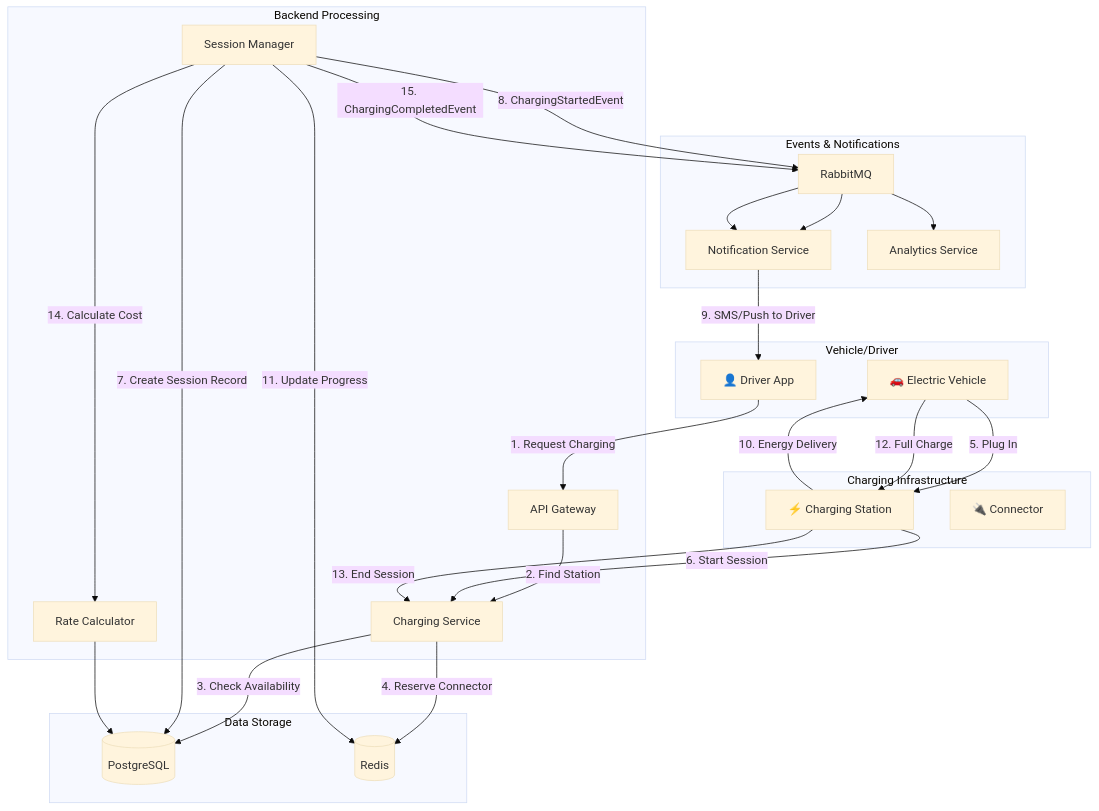
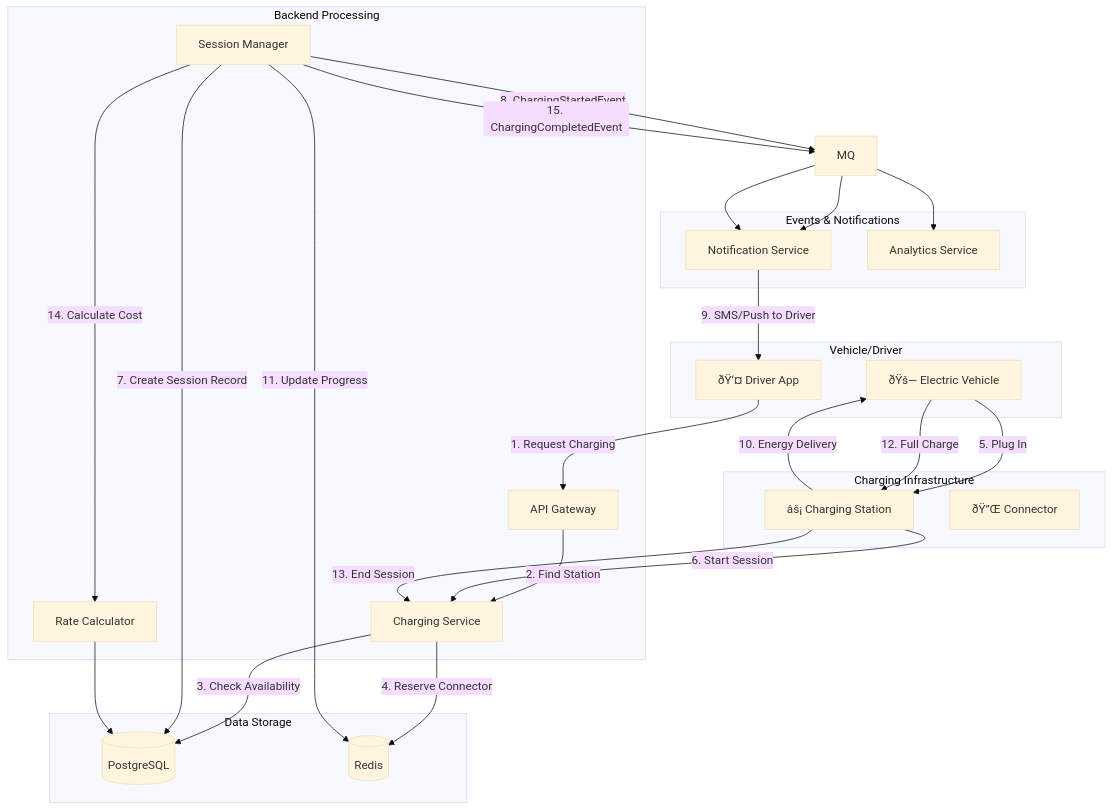
The seventh of 18 diagrams in docs/ARCHITECTURE/APPLICATION_FLOWCHART.md (ommanoj88/SEV), drawn with Mermaid (base theme) before and after one commit. The commit also changed other lines of this file and 37 other files, not shown here.

````diff
--- a/docs/ARCHITECTURE/APPLICATION_FLOWCHART.md
+++ b/docs/ARCHITECTURE/APPLICATION_FLOWCHART.md
@@ -499,55 +499,55 @@
 ```mermaid
 flowchart TB
     subgraph "Vehicle/Driver"
-        VEHICLE[🚗 Electric Vehicle]
-        DRIVER[👤 Driver App]
+        VEHICLE[ðŸš— Electric Vehicle]
+        DRIVER[ðŸ‘¤ Driver App]
     end
     
     subgraph "Charging Infrastructure"
-        STATION[⚡ Charging Station]
-        CONNECTOR[🔌 Connector]
+        STATION[âš¡ Charging Station]
+        CONNECTOR[ðŸ”Œ Connector]
     end
     
     subgraph "Backend Processing"
         GW[API Gateway]
         CHARGE_SVC[Charging Service]
         SESSION[Session Manager]
         RATE[Rate Calculator]
     end
     
     subgraph "Events & Notifications"
-        MQ[RabbitMQ]
+        
         NOTIFY[Notification Service]
         ANALYTICS[Analytics Service]
     end
     
     subgraph "Data Storage"
         DB[(PostgreSQL)]
         CACHE[(Redis)]
     end
 
     DRIVER -->|1. Request Charging| GW
     GW -->|2. Find Station| CHARGE_SVC
     CHARGE_SVC -->|3. Check Availability| DB
     CHARGE_SVC -->|4. Reserve Connector| CACHE
     
     VEHICLE -->|5. Plug In| STATION
     STATION -->|6. Start Session| CHARGE_SVC
     SESSION -->|7. Create Session Record| DB
     SESSION -->|8. ChargingStartedEvent| MQ
     
     MQ --> NOTIFY
     NOTIFY -->|9. SMS/Push to Driver| DRIVER
     
     STATION -->|10. Energy Delivery| VEHICLE
     SESSION -->|11. Update Progress| CACHE
     
     VEHICLE -->|12. Full Charge| STATION
     STATION -->|13. End Session| CHARGE_SVC
     SESSION -->|14. Calculate Cost| RATE
     RATE --> DB
     SESSION -->|15. ChargingCompletedEvent| MQ
     
     MQ --> ANALYTICS
     MQ --> NOTIFY
 ```
````
